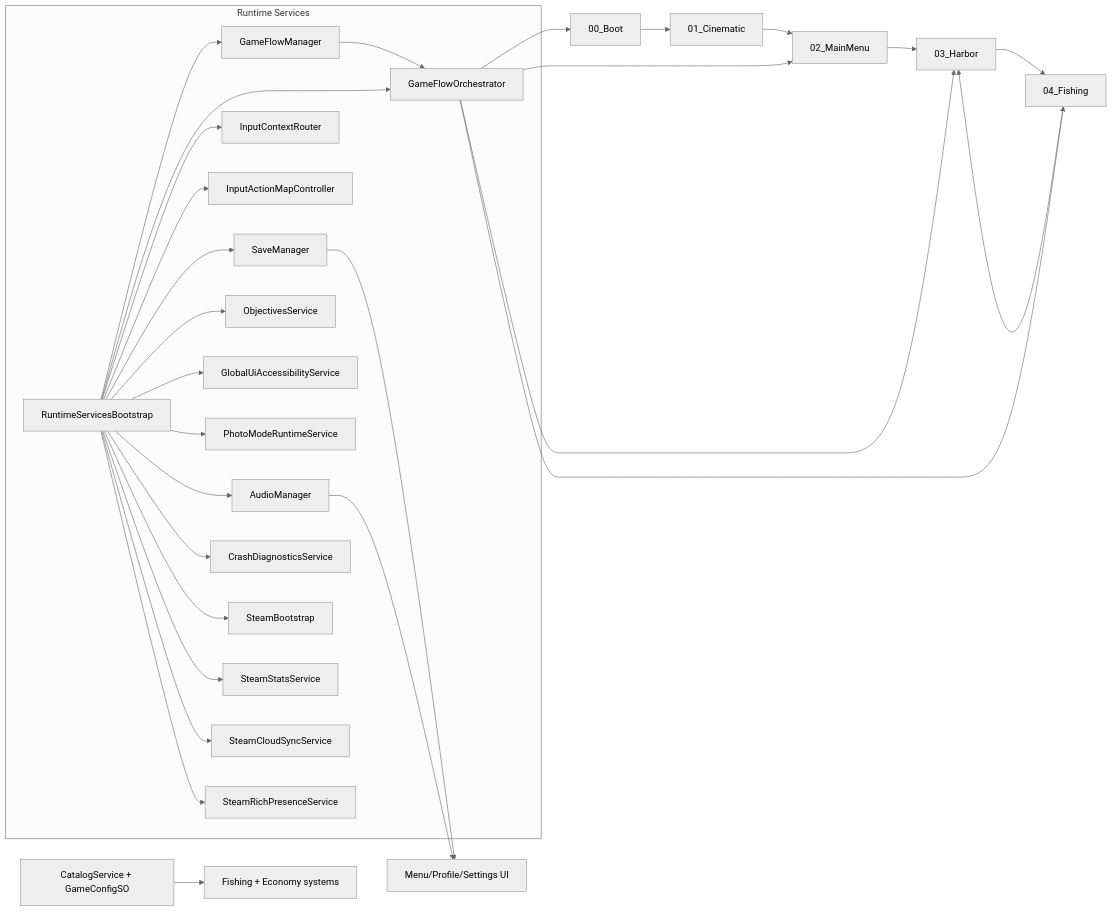
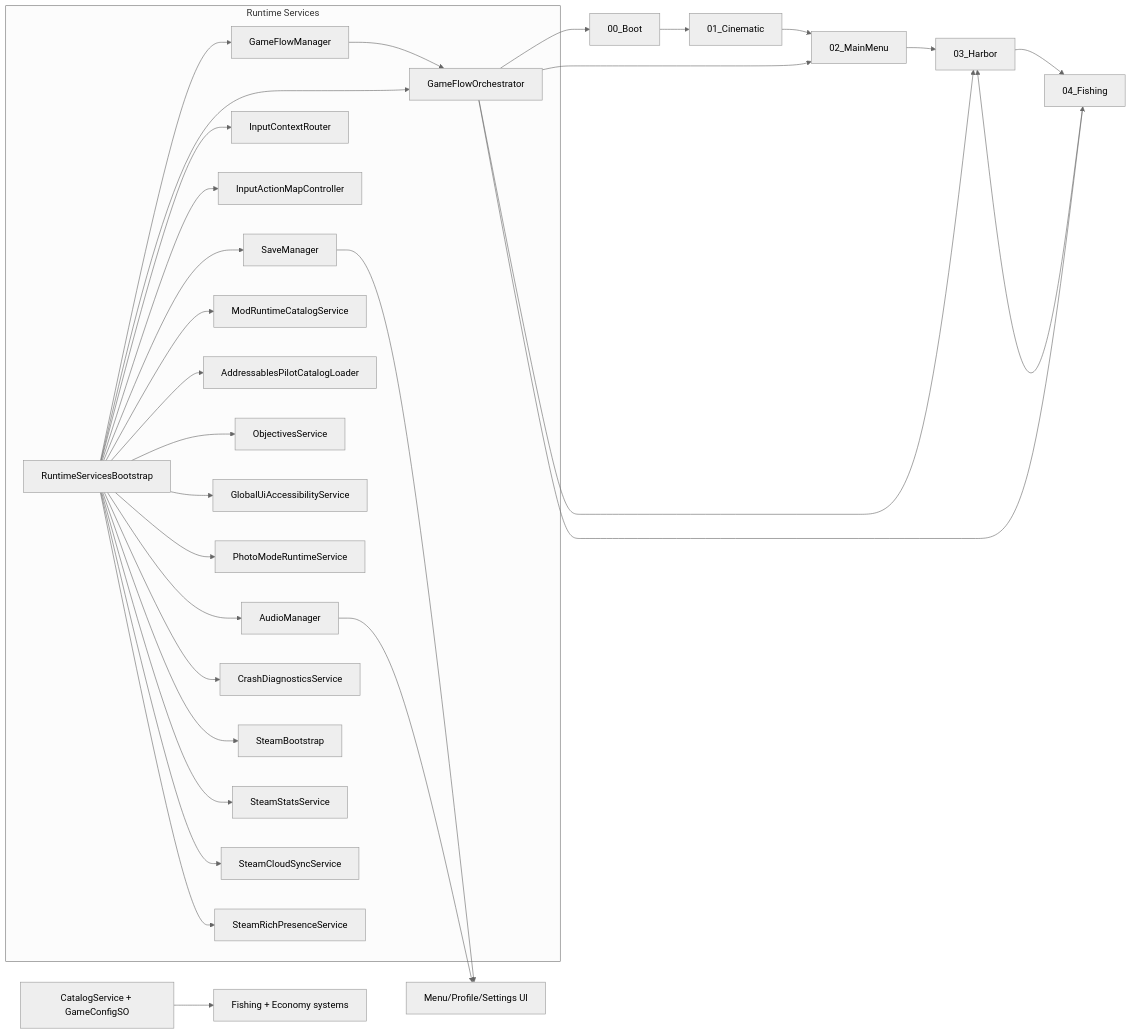
One commit to raven-dev-ops/Unity_Fishing_Steam_Game changed the diagram in docs/ARCHITECTURE.md. Above: the diagram before and after it, drawn with Mermaid (neutral theme). The commit also changed other lines of this file and 20 other files, not shown here.

Commit message:
Complete mod runtime merge, addressables overlay, and trusted CI gating (#152 #153 #158)

````diff
--- a/docs/ARCHITECTURE.md
+++ b/docs/ARCHITECTURE.md
@@ -3,51 +3,55 @@
 ```mermaid
 flowchart LR
   Boot[00_Boot] --> Cinematic[01_Cinematic]
   Cinematic --> MainMenu[02_MainMenu]
   MainMenu --> Harbor[03_Harbor]
   Harbor --> Fishing[04_Fishing]
   Fishing --> Harbor
 
   subgraph Runtime Services
     GS[RuntimeServicesBootstrap]
     GFM[GameFlowManager]
     GFO[GameFlowOrchestrator]
     ICR[InputContextRouter]
     IAMC[InputActionMapController]
     SM[SaveManager]
+    MRS[ModRuntimeCatalogService]
+    APL[AddressablesPilotCatalogLoader]
     OBJ[ObjectivesService]
     UAS[GlobalUiAccessibilityService]
     PMS[PhotoModeRuntimeService]
     AM[AudioManager]
     CR[CrashDiagnosticsService]
     ST[SteamBootstrap]
     SS[SteamStatsService]
     SC[SteamCloudSyncService]
     SR[SteamRichPresenceService]
   end
 
   GS --> GFM
   GS --> GFO
   GS --> ICR
   GS --> IAMC
   GS --> SM
+  GS --> MRS
+  GS --> APL
   GS --> OBJ
   GS --> UAS
   GS --> PMS
   GS --> AM
   GS --> CR
   GS --> ST
   GS --> SS
   GS --> SC
   GS --> SR
 
   GFM --> GFO
   GFO --> Boot
   GFO --> MainMenu
   GFO --> Harbor
   GFO --> Fishing
 
   Catalog[CatalogService + GameConfigSO] --> FishingSystems[Fishing + Economy systems]
   SM --> UISystems[Menu/Profile/Settings UI]
   AM --> UISystems
 ```
````
